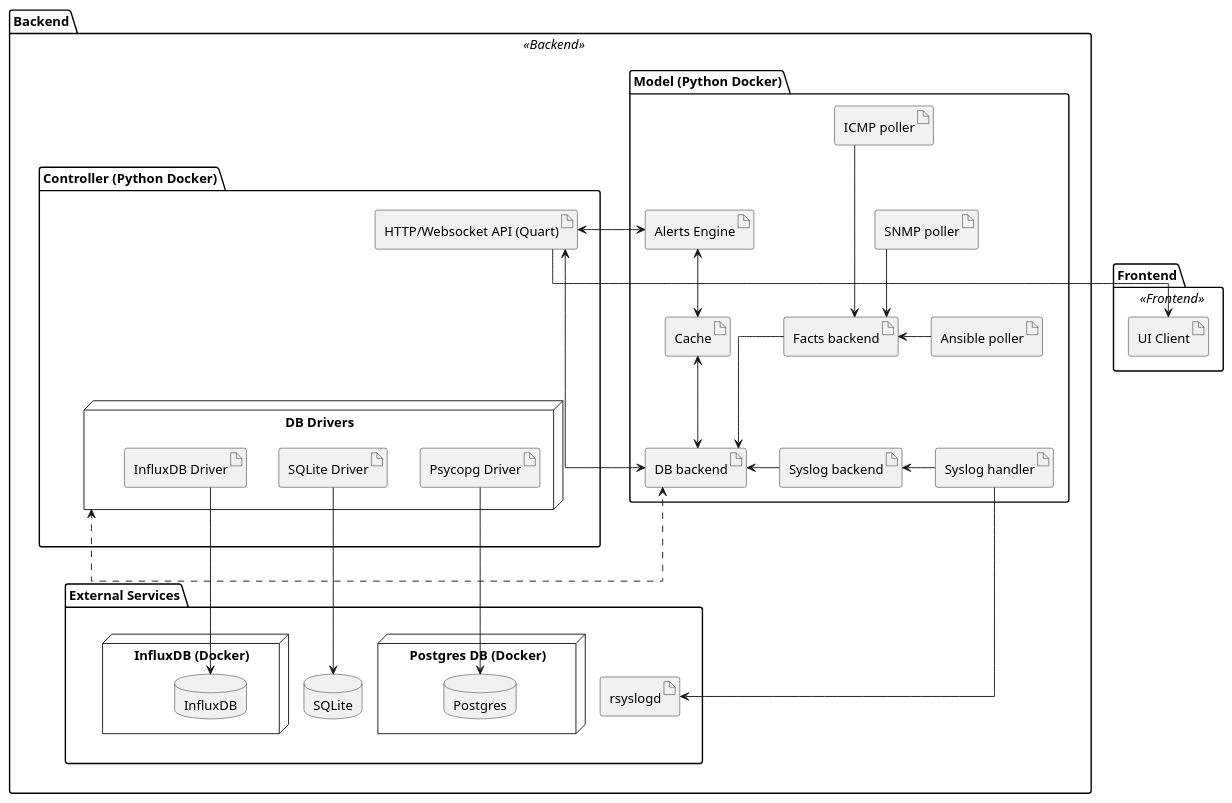
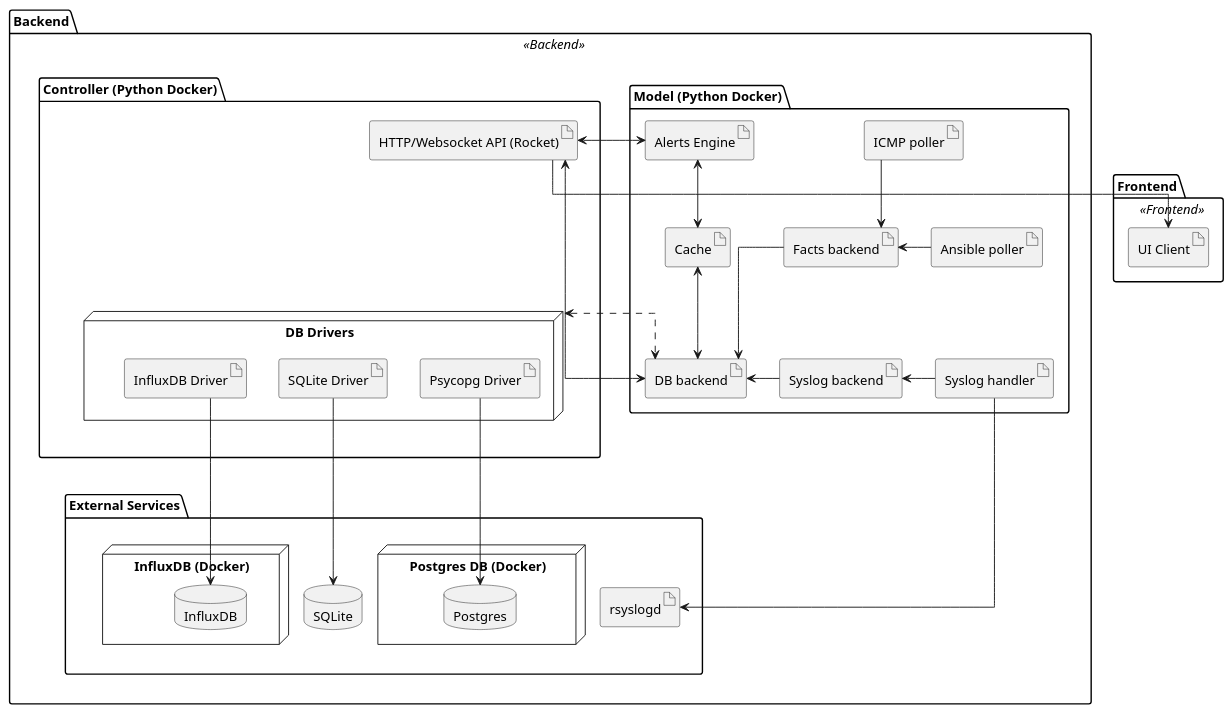
The diagram in docs/uml/architecture.puml (hector-ramirez-cano/Analytics), drawn with PlantUML before and after one commit. The commit also changed 44 other files, not shown here.

```diff
--- a/docs/uml/architecture.puml
+++ b/docs/uml/architecture.puml
@@ -1,85 +1,82 @@
 @startuml Architecture
 skinparam linetype ortho
 skinparam shadowing false
 skinparam rectangle {
   BackgroundColor<<Frontend>> #ADD8E6
   BackgroundColor<<Backend>> #99c4ad
   BorderColor black
   BorderStyle dashed
 }
 
 package "Frontend" <<Frontend>> {
   artifact "UI Client"
 }
 
 package "Backend" <<Backend>> {
   package "Model (Python Docker)" {
     artifact "Alerts Engine"
     artifact "DB backend"
     artifact "Cache"
     artifact "ICMP poller"
-    artifact "SNMP poller"
     artifact "Ansible poller"
     artifact "Syslog handler"
     artifact "Facts backend"
     artifact "Syslog backend"
     
     
     "Syslog backend" -right-> "DB backend"
     "Facts backend" -right-> "DB backend"
 
     "ICMP poller" -right-> "Facts backend"
-    "SNMP poller" -right-> "Facts backend"
     "Ansible poller" -right-> "Facts backend" 
     "Syslog handler" -right-> "Syslog backend"
     "Facts backend" -[hidden]d-> "Syslog backend"
-    "ICMP poller" <-[hidden]d-> "SNMP poller"
-    "SNMP poller" <-[hidden]d-> "Ansible poller"
+    "ICMP poller" <-[hidden]d-> "Ansible poller"
     "Ansible poller" <-[hidden]d-> "Syslog handler"
     
     "Cache" <-down-> "DB backend"
     
     "Cache" <-up-> "Alerts Engine"
     
     
   }
 
   package "Controller (Python Docker)" {
-    artifact "HTTP/Websocket API (Quart)"
+    artifact "HTTP/Websocket API (Rocket)"
     node "DB Drivers" {
       artifact "Psycopg Driver"
       artifact "SQLite Driver"
       artifact "InfluxDB Driver"
     }
     
     "DB Drivers" <..right..> "DB backend"
   }
 
   
   package "External Services" {
     node "Postgres DB (Docker)" {
       database "Postgres"
     }
     node "InfluxDB (Docker)" {
       database "InfluxDB"
     }
     database "SQLite"
     
     artifact "rsyslogd"
   }
 
 
   "Controller (Python Docker)" --[hidden]down-> "External Services"
-  "HTTP/Websocket API (Quart)" --[hidden]down-> "DB Drivers"
+  "HTTP/Websocket API (Rocket)" --[hidden]down-> "DB Drivers"
   "DB Drivers" --[hidden]left-> "External Services"
   "InfluxDB" --[hidden]left-> "SQLite"
 }
 
-"HTTP/Websocket API (Quart)" --> "UI Client"
-"DB backend" <-up-> "HTTP/Websocket API (Quart)"
-"Alerts Engine" <-> "HTTP/Websocket API (Quart)"
+"HTTP/Websocket API (Rocket)" --> "UI Client"
+"DB backend" <-up-> "HTTP/Websocket API (Rocket)"
+"Alerts Engine" <-> "HTTP/Websocket API (Rocket)"
 "Syslog handler" -right-> "rsyslogd"
 "Psycopg Driver" -down-> "Postgres"
 "SQLite Driver" -down-> "SQLite"
 "InfluxDB Driver" -down-> "InfluxDB"
 @enduml
```
